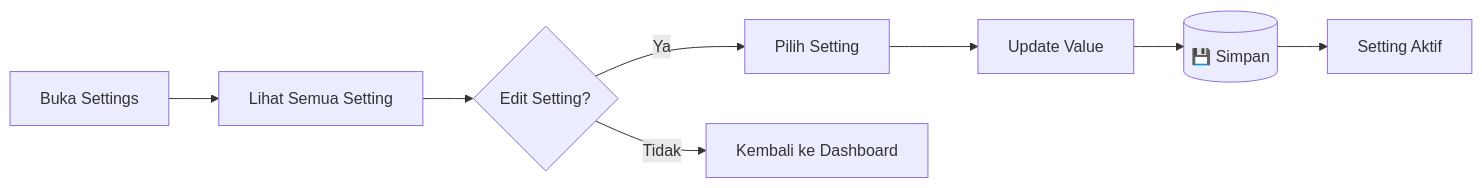
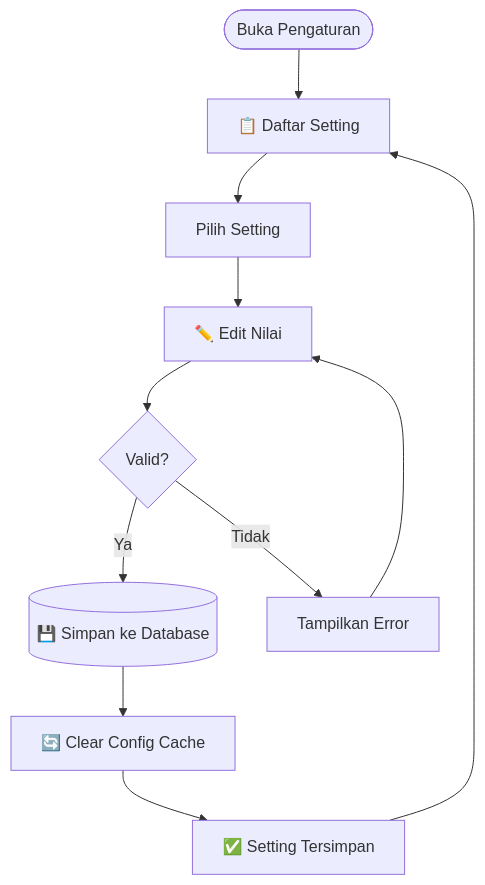
One commit to mustarisyahding07-spec/WEBSITE_SKRIPSI_MUSTARI changed the seventh of 8 diagrams in docs/ADMIN_DASHBOARD_GUIDE.md. Above: the diagram before and after it, drawn with Mermaid. The commit also changed other lines of this file and 7 other files, not shown here.

````diff
--- a/docs/ADMIN_DASHBOARD_GUIDE.md
+++ b/docs/ADMIN_DASHBOARD_GUIDE.md
@@ -358,10 +449,16 @@
 ```mermaid
-flowchart LR
-    A["Buka Settings"] --> B["Lihat Semua Setting"]
-    B --> C{"Edit Setting?"}
-    C -->|Ya| D["Pilih Setting"]
-    D --> E["Update Value"]
-    E --> F[("💾 Simpan")]
-    F --> G["Setting Aktif"]
-    C -->|Tidak| H["Kembali ke Dashboard"]
+flowchart TD
+    Start([Buka Pengaturan]) --> List[📋 Daftar Setting]
+    List --> Select[Pilih Setting]
+    
+    Select --> Edit[✏️ Edit Nilai]
+    Edit --> Validate{Valid?}
+    
+    Validate -->|Ya| Save[(💾 Simpan ke Database)]
+    Validate -->|Tidak| Error[Tampilkan Error]
+    Error --> Edit
+    
+    Save --> ClearCache[🔄 Clear Config Cache]
+    ClearCache --> Success[✅ Setting Tersimpan]
+    Success --> List
 ```
````
